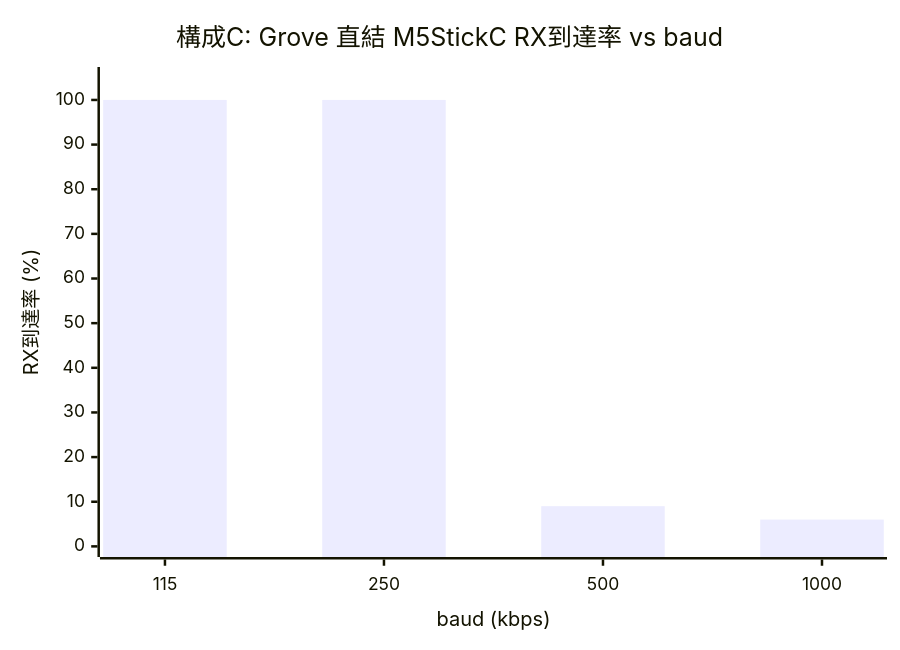
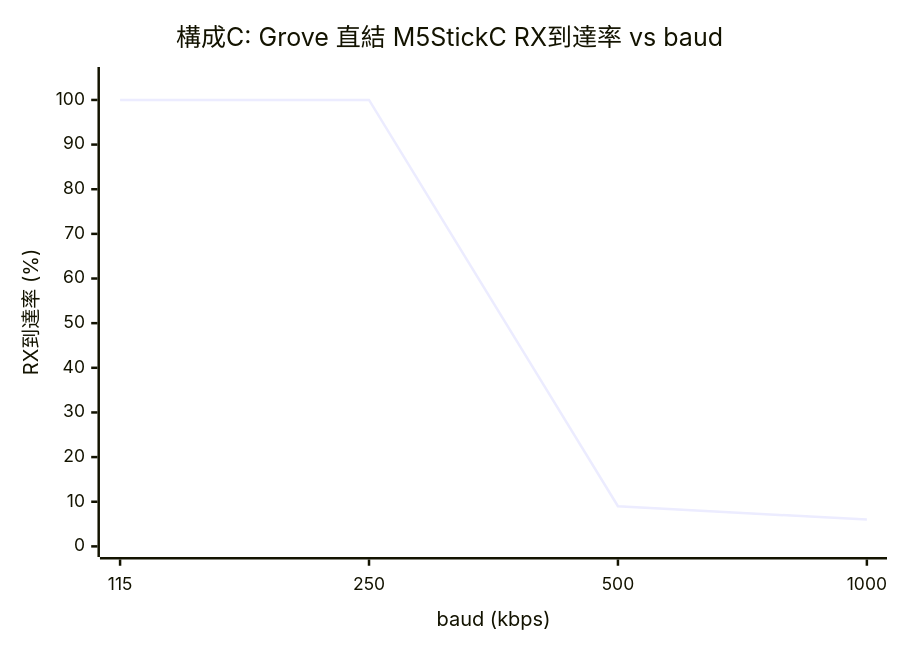
Before and after one commit to uecken/RS485_1Mbaud_test: the third of 5 diagrams in doc/202604092200_RS485-baudrate-eval-results.md, drawn with Mermaid. The commit also changed other lines of this file, not shown here.

First line of the commit message:
doc: change baud-vs-FER charts from bar to line (continuous x-axis)

````diff
--- a/doc/202604092200_RS485-baudrate-eval-results.md
+++ b/doc/202604092200_RS485-baudrate-eval-results.md
@@ -84,7 +84,7 @@
 ```mermaid
 xychart-beta
     title "構成C: Grove 直結 M5StickC RX到達率 vs baud"
     x-axis "baud (kbps)" [115, 250, 500, 1000]
     y-axis "RX到達率 (%)" 0 --> 105
-    bar [100, 100, 9, 6]
+    line [100, 100, 9, 6]
 ```
````
